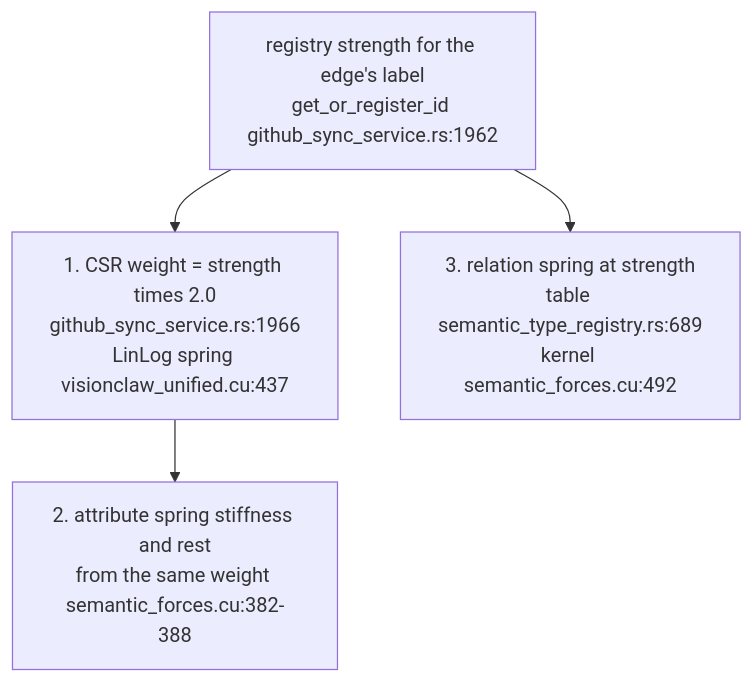
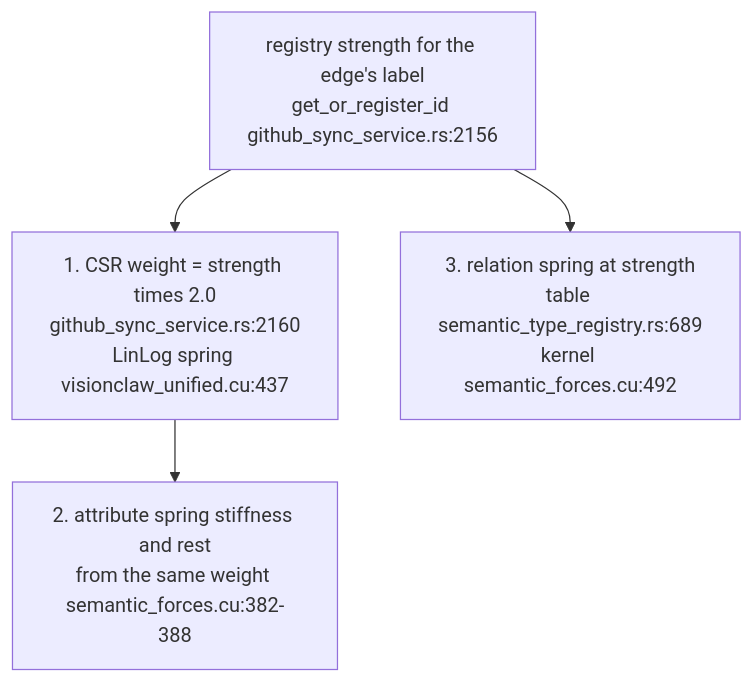
One commit to DreamLab-AI/VisionFlow changed the fifth of 5 diagrams in docs/diagrams/visionclaw/59-force-terms-and-where-configured.md. Above: the diagram before and after it, drawn with Mermaid. The commit also changed other lines of this file and 3 other files, not shown here.

First line of the commit message:
docs(diagrams): roll VC-58..61 to visionclaw main 010e1109b (PR 37 and 38 merged)

````diff
--- a/docs/diagrams/visionclaw/59-force-terms-and-where-configured.md
+++ b/docs/diagrams/visionclaw/59-force-terms-and-where-configured.md
@@ -115,6 +117,6 @@
 ```mermaid
 flowchart TB
-    STR["registry strength for the edge's label<br/>get_or_register_id github_sync_service.rs:1962"] --> CSRW["1. CSR weight = strength times 2.0<br/>github_sync_service.rs:1966<br/>LinLog spring visionclaw_unified.cu:437"]
+    STR["registry strength for the edge's label<br/>get_or_register_id github_sync_service.rs:2156"] --> CSRW["1. CSR weight = strength times 2.0<br/>github_sync_service.rs:2160<br/>LinLog spring visionclaw_unified.cu:437"]
     CSRW --> ATT["2. attribute spring stiffness and rest<br/>from the same weight semantic_forces.cu:382-388"]
     STR --> REL["3. relation spring at strength<br/>table semantic_type_registry.rs:689<br/>kernel semantic_forces.cu:492"]
 ```
````
